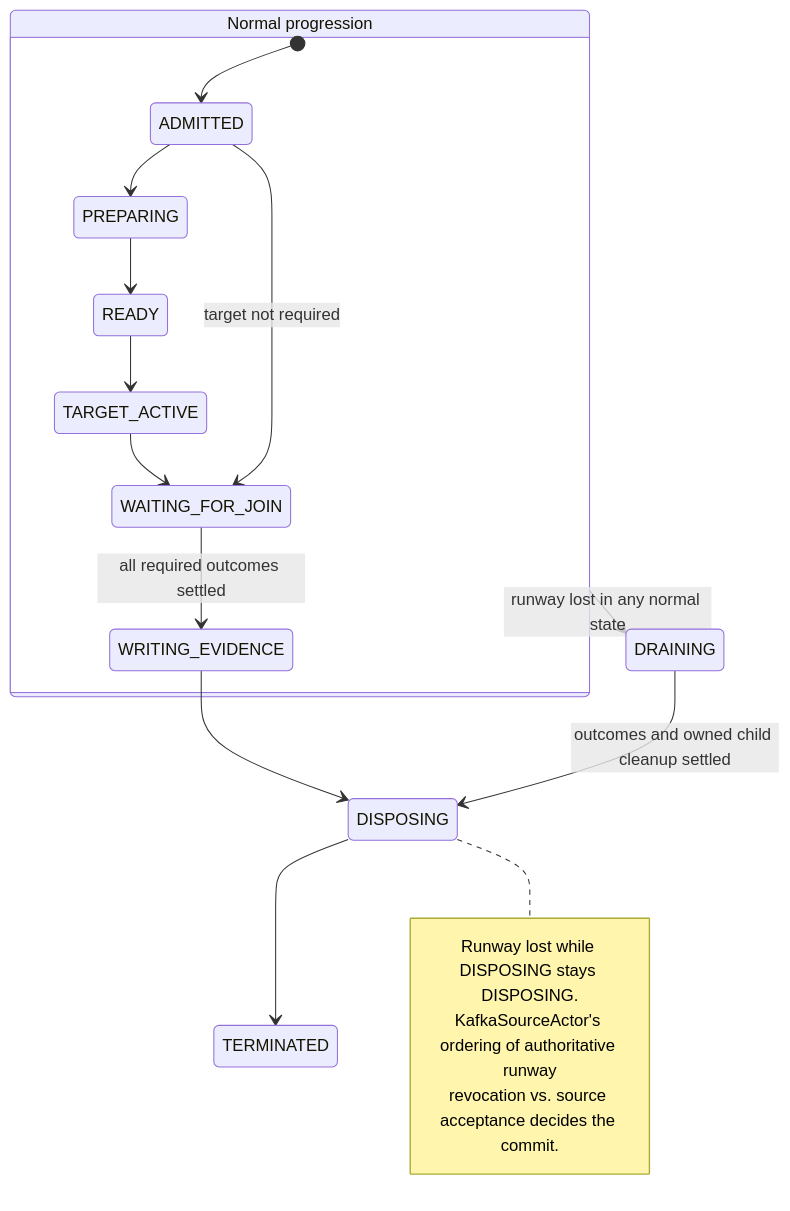
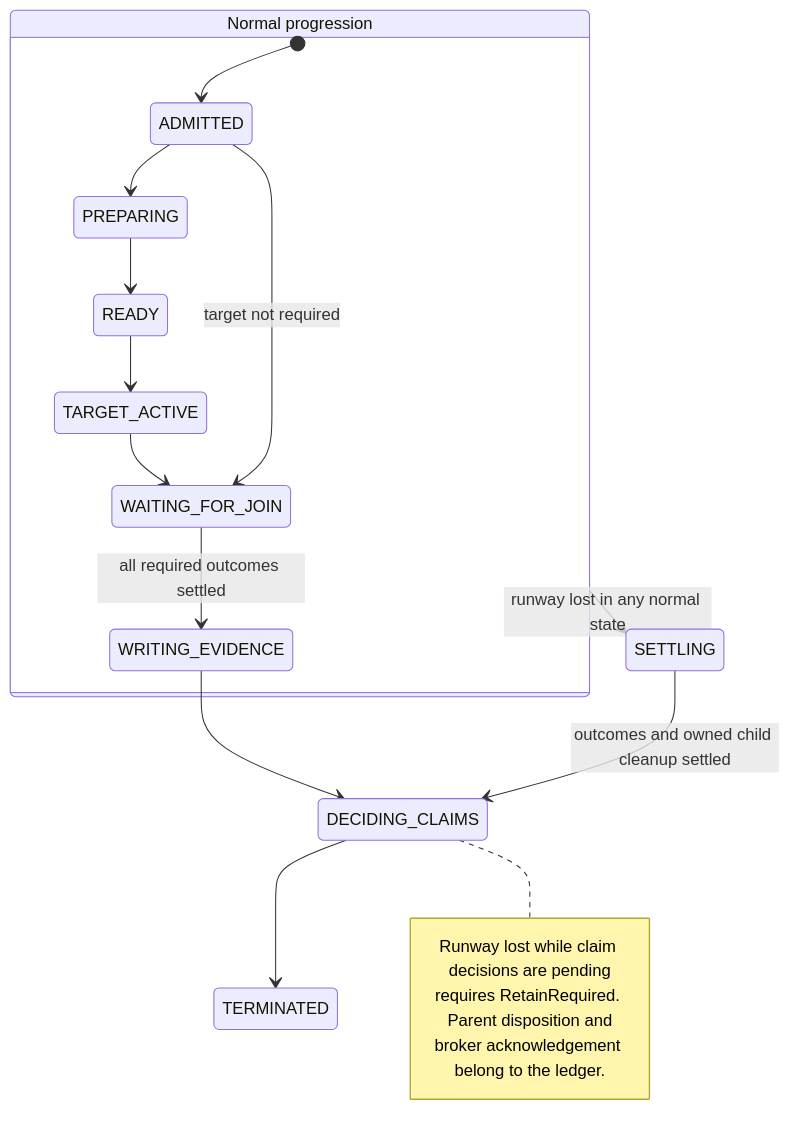
One commit to opensearch-project/opensearch-migrations changed the fourth of 4 diagrams in docs/replayerHardenedArchitectureDesign.md. Above: the diagram before and after it, drawn with Mermaid. The commit also changed other lines of this file and 3 other files, not shown here.

````diff
--- a/docs/replayerHardenedArchitectureDesign.md
+++ b/docs/replayerHardenedArchitectureDesign.md
@@ -1562,22 +1776,22 @@
 ```mermaid
 stateDiagram-v2
     direction TB
     state "Normal progression" as RUNNING {
         [*] --> ADMITTED
         ADMITTED --> PREPARING
         PREPARING --> READY
         READY --> TARGET_ACTIVE
         TARGET_ACTIVE --> WAITING_FOR_JOIN
         ADMITTED --> WAITING_FOR_JOIN: target not required
         WAITING_FOR_JOIN --> WRITING_EVIDENCE: all required outcomes settled
     }
-    RUNNING --> DRAINING: runway lost in any normal state
-    WRITING_EVIDENCE --> DISPOSING
-    DRAINING --> DISPOSING: outcomes and owned child cleanup settled
-    DISPOSING --> TERMINATED
-    note right of DISPOSING
-        Runway lost while DISPOSING stays DISPOSING.
-        KafkaSourceActor's ordering of authoritative runway
-        revocation vs. source acceptance decides the commit.
+    RUNNING --> SETTLING: runway lost in any normal state
+    WRITING_EVIDENCE --> DECIDING_CLAIMS
+    SETTLING --> DECIDING_CLAIMS: outcomes and owned child cleanup settled
+    DECIDING_CLAIMS --> TERMINATED
+    note right of DECIDING_CLAIMS
+        Runway lost while claim decisions are pending
+        requires RetainRequired. Parent disposition and
+        broker acknowledgement belong to the ledger.
     end note
 ```
````
